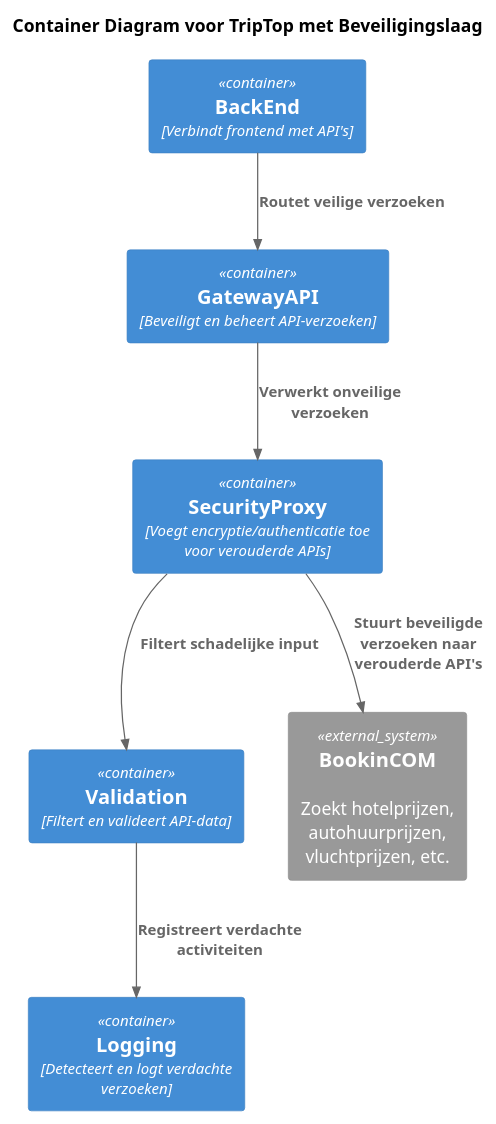
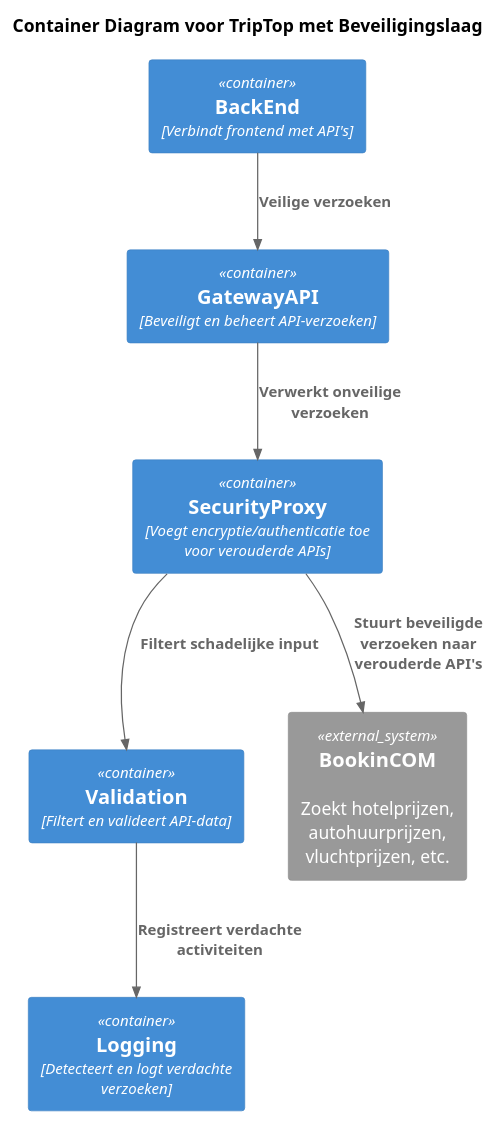
The diagram in Marijn/containerdiagramonderzoeksvraag.puml (AIM-ENE-feb25/triptop-dravende-dikdiks), drawn with PlantUML before and after one commit. The commit also changed 1 other file, not shown here.

```diff
--- a/Marijn/containerdiagramonderzoeksvraag.puml
+++ b/Marijn/containerdiagramonderzoeksvraag.puml
@@ -1,22 +1,22 @@
 @startuml
 
 !include https://raw.githubusercontent.com/plantuml-stdlib/C4-PlantUML/master/C4_Container.puml
 
 title Container Diagram voor TripTop met Beveiligingslaag
 
 Container("BackEnd", "BackEnd", "Verbindt frontend met API's")
 
 Container("GatewayAPI", "GatewayAPI", "Beveiligt en beheert API-verzoeken")
 Container("SecurityProxy", "SecurityProxy", "Voegt encryptie/authenticatie toe voor verouderde APIs")
 Container("Validation", "Validation", "Filtert en valideert API-data")
 Container("Logging", "Logging", "Detecteert en logt verdachte verzoeken")
 
 System_Ext("BookinCOM", "BookinCOM", "Zoekt hotelprijzen, autohuurprijzen, vluchtprijzen, etc.")
 
-Rel("BackEnd", "GatewayAPI", "Routet veilige verzoeken")
+Rel("BackEnd", "GatewayAPI", "Veilige verzoeken")
 Rel("GatewayAPI", "SecurityProxy", "Verwerkt onveilige verzoeken")
 Rel("SecurityProxy", "Validation", "Filtert schadelijke input")
 Rel("Validation", "Logging", "Registreert verdachte activiteiten")
 Rel("SecurityProxy", "BookinCOM", "Stuurt beveiligde verzoeken naar verouderde API's")
 
 @enduml
```
